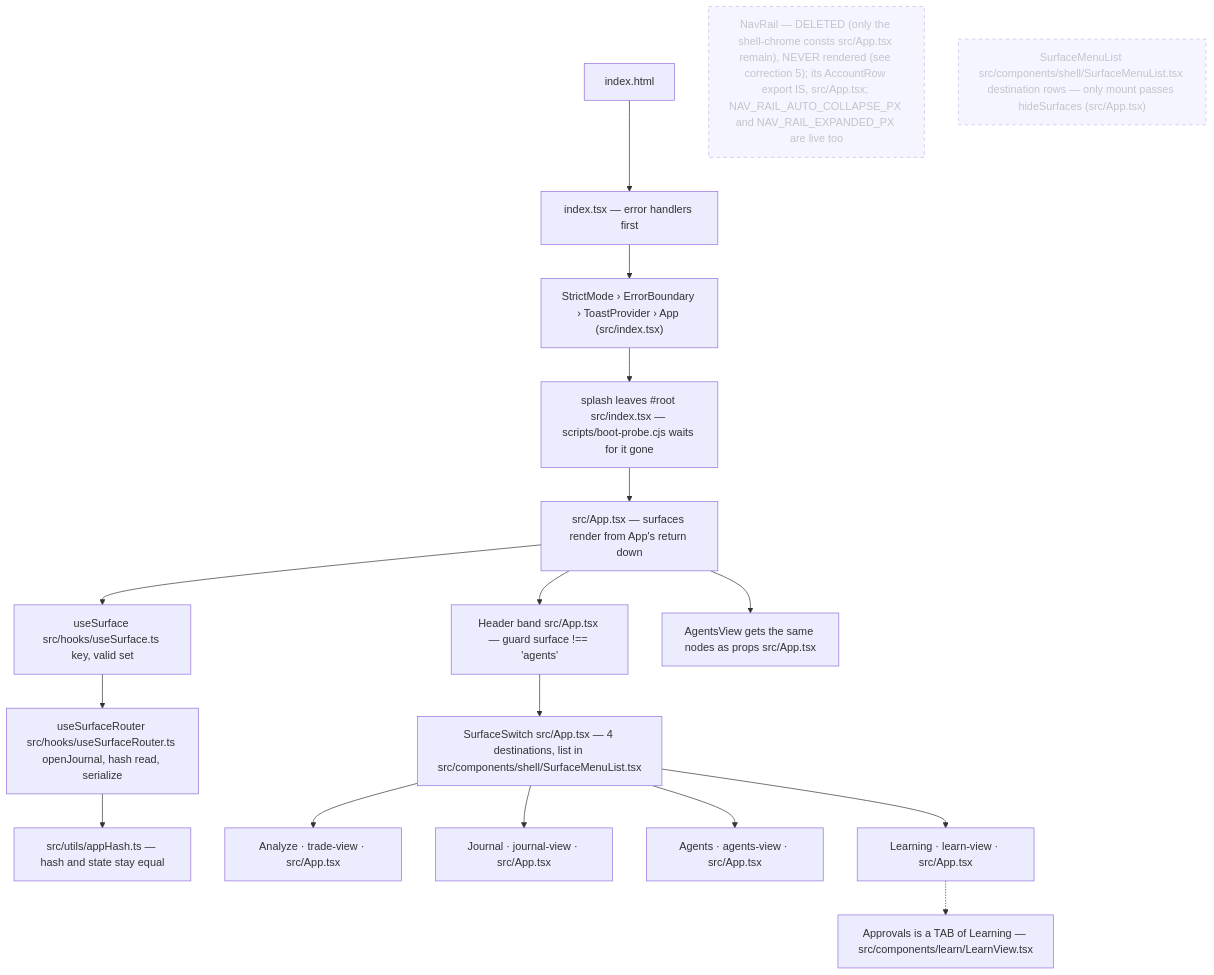
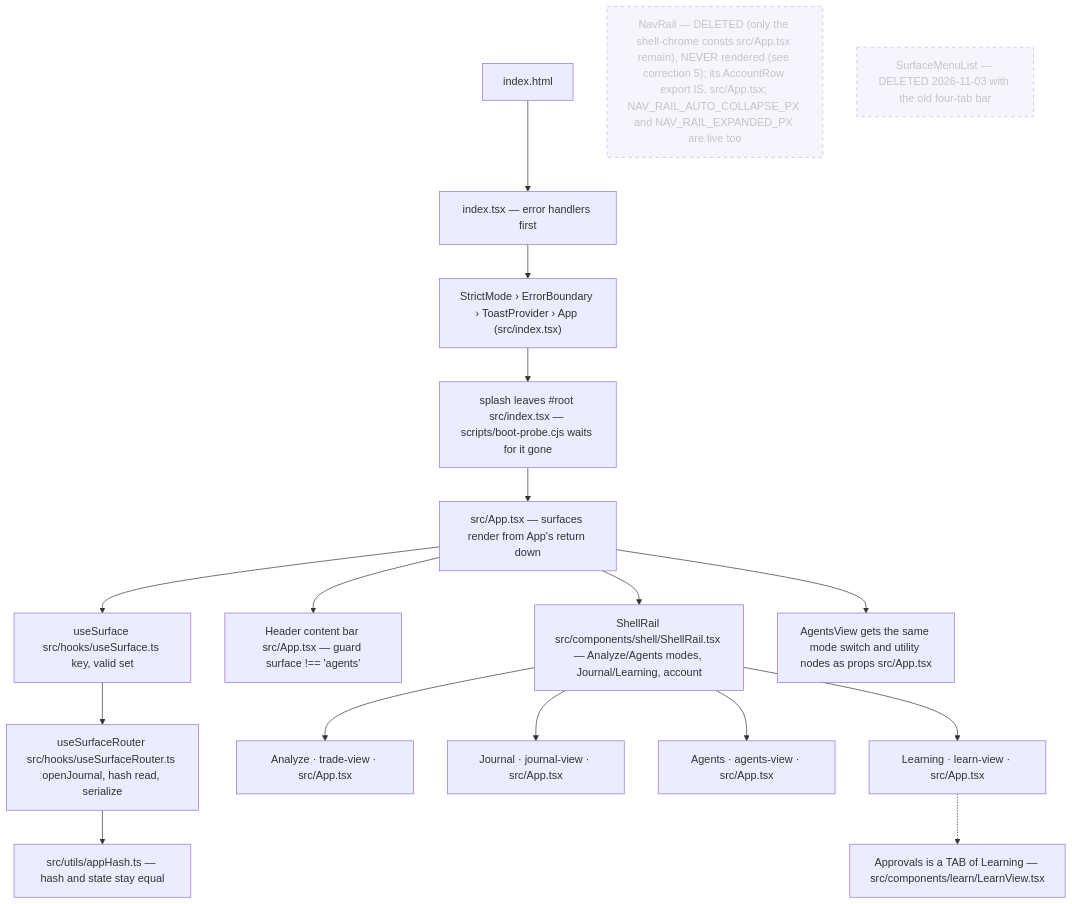
The first of 8 diagrams in docs/architecture/system-map.md (KILLER3UG/augustTrading), drawn with Mermaid before and after one commit. The commit also changed other lines of this file and 14 other files, not shown here.

First line of the commit message:
fix(shell): delete the old four-tab bar for good

````diff
--- a/docs/architecture/system-map.md
+++ b/docs/architecture/system-map.md
@@ -19,21 +19,21 @@
 ```mermaid
 flowchart TD
     H["index.html"] --> I["index.tsx — error handlers first"]
     I --> S["StrictMode › ErrorBoundary › ToastProvider › App (src/index.tsx)"]
     S --> SP["splash leaves #root src/index.tsx — scripts/boot-probe.cjs waits for it gone"]
     SP --> APP["src/App.tsx — surfaces render from App's return down"]
     APP --> US["useSurface src/hooks/useSurface.ts key, valid set"]
     US --> UR["useSurfaceRouter src/hooks/useSurfaceRouter.ts openJournal, hash read, serialize"]
     UR --> HASH["src/utils/appHash.ts — hash and state stay equal"]
-    APP --> HD["Header band src/App.tsx — guard surface !== 'agents' "]
-    HD --> SW["SurfaceSwitch src/App.tsx — 4 destinations, list in src/components/shell/SurfaceMenuList.tsx"]
-    APP --> AV["AgentsView gets the same nodes as props src/App.tsx"]
-    SW --> T["Analyze · trade-view · src/App.tsx"]
-    SW --> J["Journal · journal-view · src/App.tsx"]
-    SW --> C["Agents · agents-view · src/App.tsx"]
-    SW --> K["Learning · learn-view · src/App.tsx"]
+    APP --> HD["Header content bar src/App.tsx — guard surface !== 'agents' "]
+    APP --> SR["ShellRail src/components/shell/ShellRail.tsx — Analyze/Agents modes, Journal/Learning, account"]
+    APP --> AV["AgentsView gets the same mode switch and utility nodes as props src/App.tsx"]
+    SR --> T["Analyze · trade-view · src/App.tsx"]
+    SR --> J["Journal · journal-view · src/App.tsx"]
+    SR --> C["Agents · agents-view · src/App.tsx"]
+    SR --> K["Learning · learn-view · src/App.tsx"]
     K -.-> AP["Approvals is a TAB of Learning — src/components/learn/LearnView.tsx"]
     NR["NavRail — DELETED (only the shell-chrome consts src/App.tsx remain), NEVER rendered (see correction 5); its AccountRow export IS, src/App.tsx; NAV_RAIL_AUTO_COLLAPSE_PX and NAV_RAIL_EXPANDED_PX are live too"]:::dead
-    SM["SurfaceMenuList src/components/shell/SurfaceMenuList.tsx destination rows — only mount passes hideSurfaces (src/App.tsx)"]:::dead
+    SM["SurfaceMenuList — DELETED 2026-11-03 with the old four-tab bar"]:::dead
     classDef dead stroke-dasharray: 5 5,opacity:.5
 ```
````
